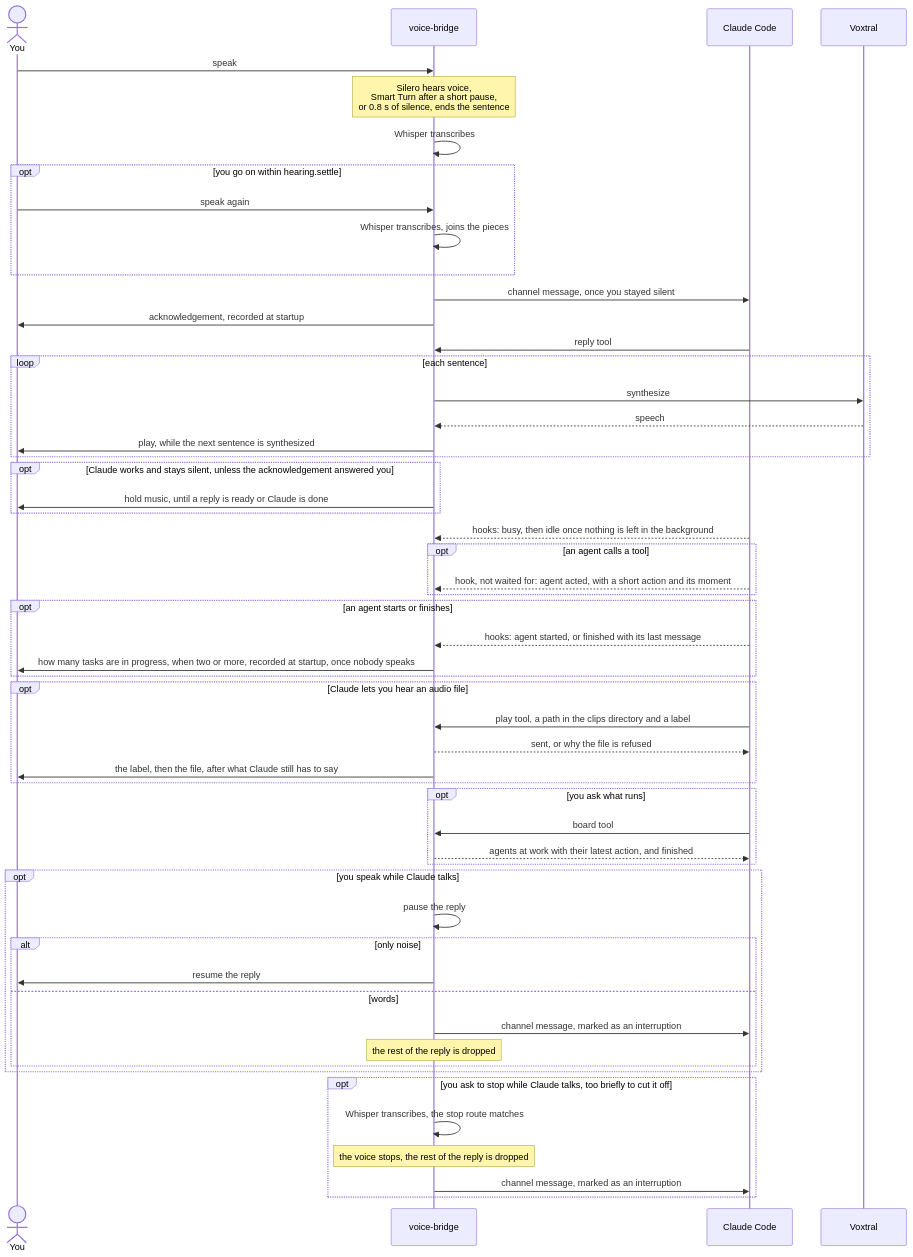
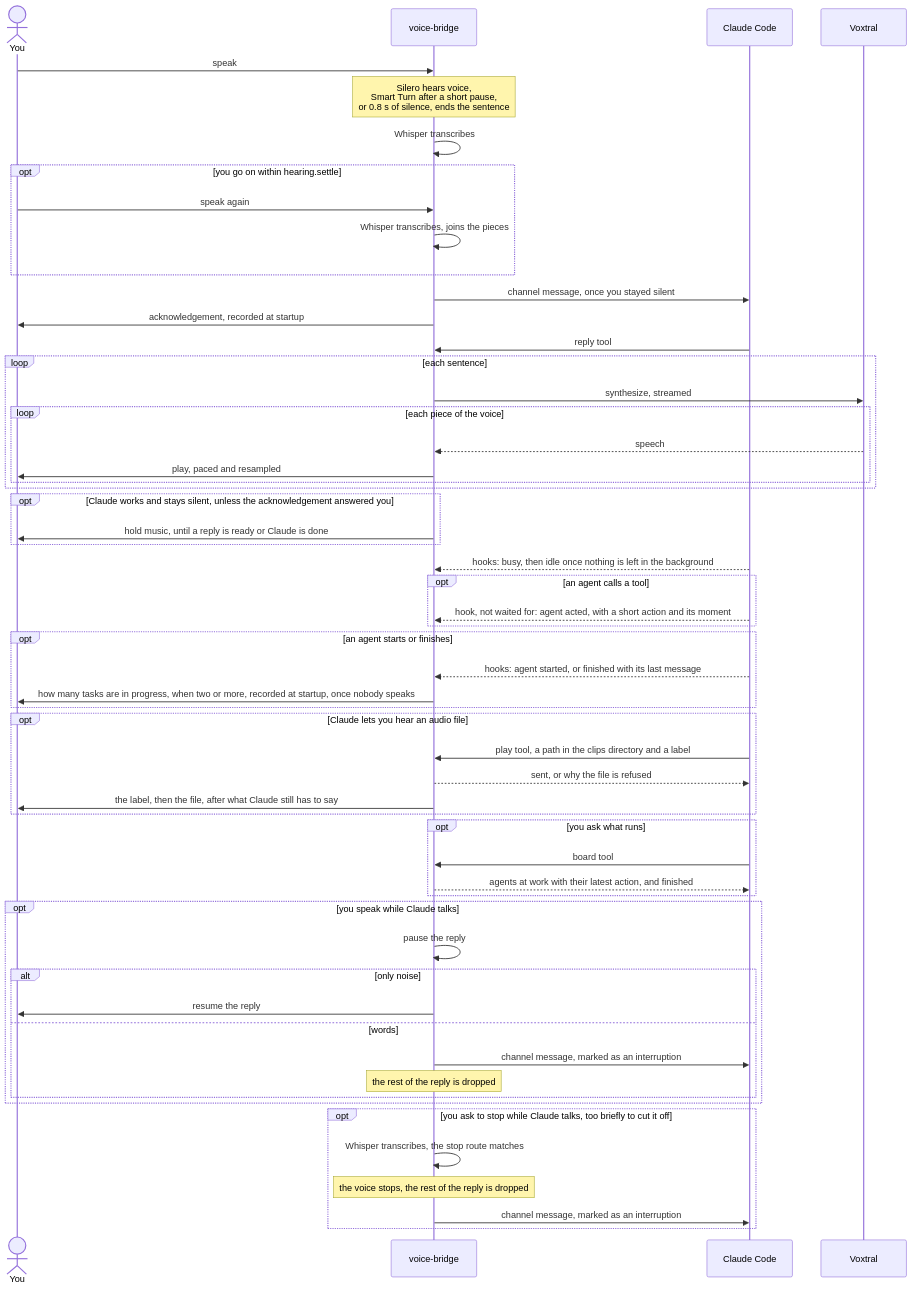
One commit to marc-gavanier/voice-bridge changed the second of 3 diagrams in README.md. Above: the diagram before and after it, drawn with Mermaid. The commit also changed other lines of this file and 2 other files, not shown here.

First line of the commit message:
docs: record that the bridge plays the voice as the speech server streams it

````diff
--- a/README.md
+++ b/README.md
@@ -51,57 +51,59 @@
 ```mermaid
 sequenceDiagram
     actor you as You
     participant bridge as voice-bridge
     participant claude as Claude Code
     participant voxtral as Voxtral
 
     you->>bridge: speak
     Note over bridge: Silero hears voice,<br/>Smart Turn after a short pause,<br/>or 0.8 s of silence, ends the sentence
     bridge->>bridge: Whisper transcribes
     opt you go on within hearing.settle
         you->>bridge: speak again
         bridge->>bridge: Whisper transcribes, joins the pieces
     end
     bridge->>claude: channel message, once you stayed silent
     bridge->>you: acknowledgement, recorded at startup
     claude->>bridge: reply tool
     loop each sentence
-        bridge->>voxtral: synthesize
-        voxtral-->>bridge: speech
-        bridge->>you: play, while the next sentence is synthesized
+        bridge->>voxtral: synthesize, streamed
+        loop each piece of the voice
+            voxtral-->>bridge: speech
+            bridge->>you: play, paced and resampled
+        end
     end
     opt Claude works and stays silent, unless the acknowledgement answered you
         bridge->>you: hold music, until a reply is ready or Claude is done
     end
     claude-->>bridge: hooks: busy, then idle once nothing is left in the background
     opt an agent calls a tool
         claude-->>bridge: hook, not waited for: agent acted, with a short action and its moment
     end
     opt an agent starts or finishes
         claude-->>bridge: hooks: agent started, or finished with its last message
         bridge->>you: how many tasks are in progress, when two or more, recorded at startup, once nobody speaks
     end
     opt Claude lets you hear an audio file
         claude->>bridge: play tool, a path in the clips directory and a label
         bridge-->>claude: sent, or why the file is refused
         bridge->>you: the label, then the file, after what Claude still has to say
     end
     opt you ask what runs
         claude->>bridge: board tool
         bridge-->>claude: agents at work with their latest action, and finished
     end
     opt you speak while Claude talks
         bridge->>bridge: pause the reply
         alt only noise
             bridge->>you: resume the reply
         else words
             bridge->>claude: channel message, marked as an interruption
             Note over bridge: the rest of the reply is dropped
         end
     end
     opt you ask to stop while Claude talks, too briefly to cut it off
         bridge->>bridge: Whisper transcribes, the stop route matches
         Note over bridge: the voice stops, the rest of the reply is dropped
         bridge->>claude: channel message, marked as an interruption
     end
 ```
````
